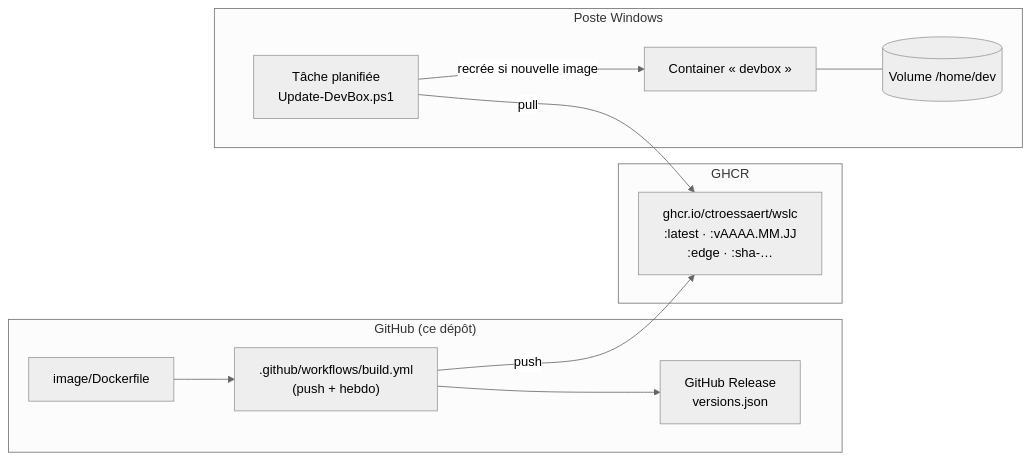
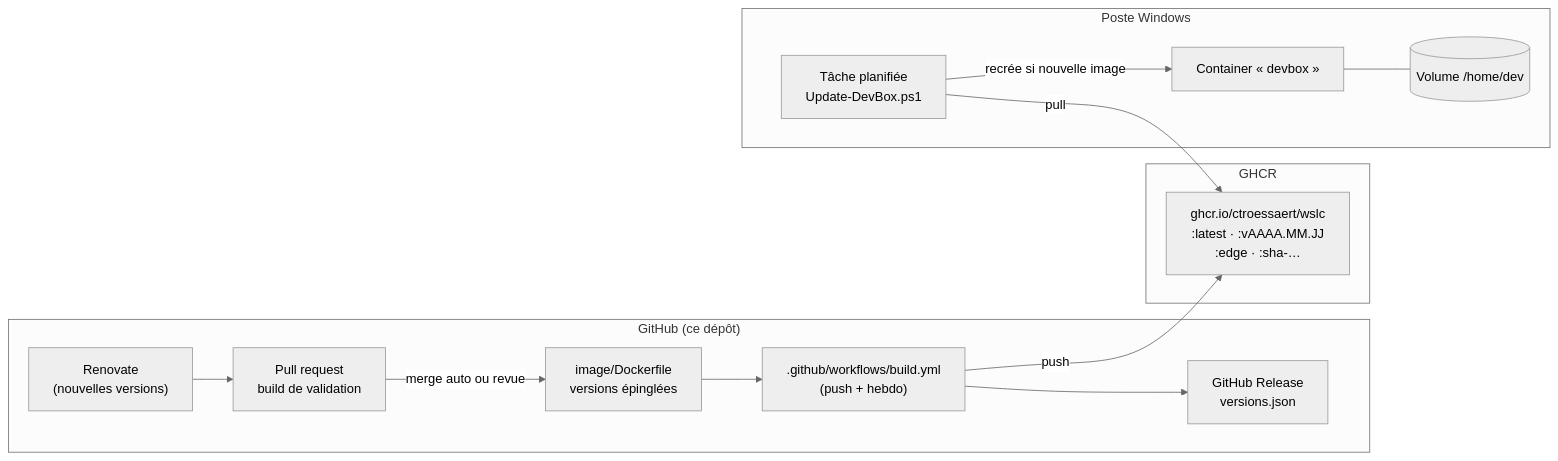
The first of 2 diagrams in README.md (CTroessaert/WSLC), drawn with Mermaid (neutral theme) before and after one commit. The commit also changed other lines of this file and 6 other files, not shown here.

First line of the commit message:
Pin tool versions and manage updates with Renovate

````diff
--- a/README.md
+++ b/README.md
@@ -7,21 +7,23 @@
 ```mermaid
 flowchart LR
     subgraph GH["GitHub (ce dépôt)"]
-        DF["image/Dockerfile"]
+        BOT["Renovate<br/>(nouvelles versions)"]
+        PR["Pull request<br/>build de validation"]
+        DF["image/Dockerfile<br/>versions épinglées"]
         WF[".github/workflows/build.yml<br/>(push + hebdo)"]
         REL["GitHub Release<br/>versions.json"]
-        DF --> WF --> REL
+        BOT --> PR -->|merge auto ou revue| DF --> WF --> REL
     end
     subgraph REG["GHCR"]
         IMG["ghcr.io/ctroessaert/wslc<br/>:latest · :vAAAA.MM.JJ<br/>:edge · :sha-…"]
     end
     subgraph PC["Poste Windows"]
         TASK["Tâche planifiée<br/>Update-DevBox.ps1"]
         CT["Container « devbox »"]
         VOL[("Volume /home/dev")]
         TASK -->|recrée si nouvelle image| CT
         CT --- VOL
     end
     WF -->|push| IMG
     TASK -->|pull| IMG
 ```
````
